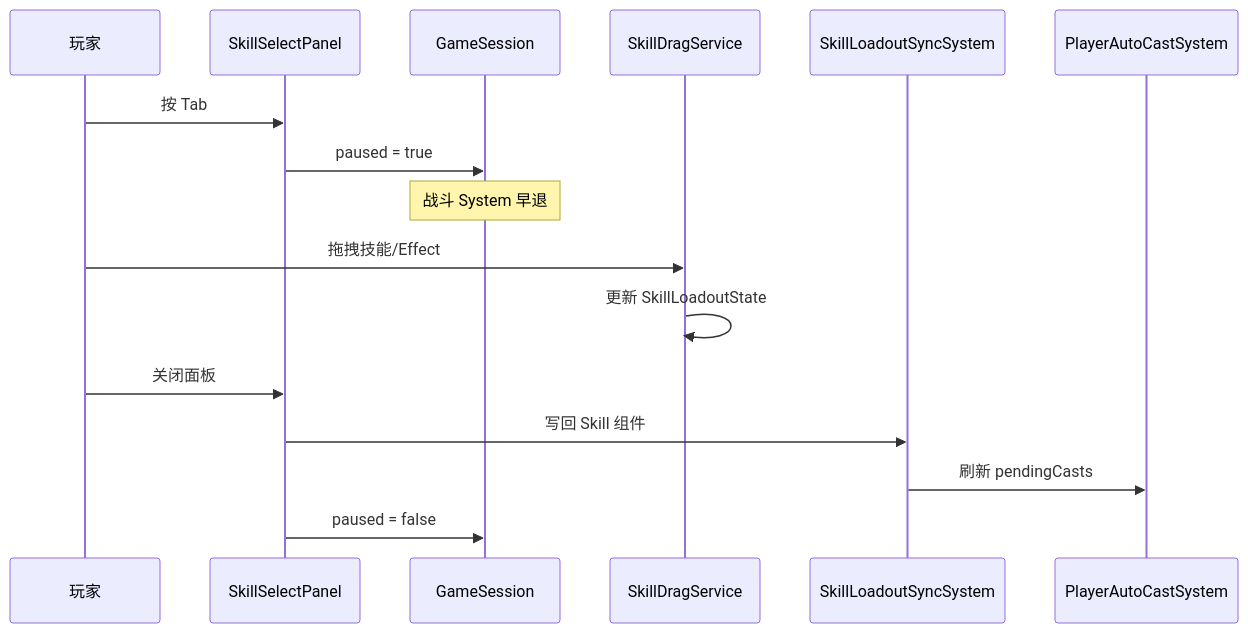
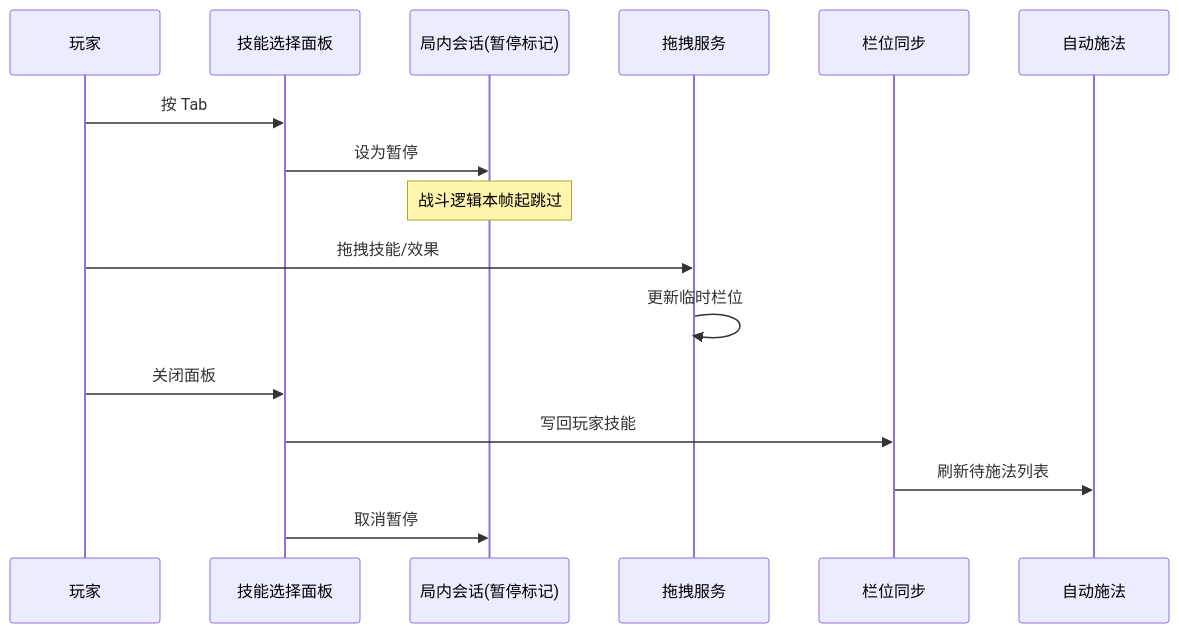
One commit to kir123456-1q/Survivor-And-Fight changed the sixth of 11 diagrams in SurvivorAndFight/docs/答辩PPT大纲.md. Above: the diagram before and after it, drawn with Mermaid. The commit also changed other lines of this file and 17 other files, not shown here.

````diff
--- a/SurvivorAndFight/docs/答辩PPT大纲.md
+++ b/SurvivorAndFight/docs/答辩PPT大纲.md
@@ -353,19 +380,19 @@
 ```mermaid
 sequenceDiagram
   participant User as 玩家
-  participant UI as SkillSelectPanel
-  participant Session as GameSession
-  participant Drag as SkillDragService
-  participant Sync as SkillLoadoutSyncSystem
-  participant Cast as PlayerAutoCastSystem
+  participant UI as 技能选择面板
+  participant Session as 局内会话(暂停标记)
+  participant Drag as 拖拽服务
+  participant Sync as 栏位同步
+  participant Cast as 自动施法
 
   User->>UI: 按 Tab
-  UI->>Session: paused = true
-  Note over Session: 战斗 System 早退
-  User->>Drag: 拖拽技能/Effect
-  Drag->>Drag: 更新 SkillLoadoutState
+  UI->>Session: 设为暂停
+  Note over Session: 战斗逻辑本帧起跳过
+  User->>Drag: 拖拽技能/效果
+  Drag->>Drag: 更新临时栏位
   User->>UI: 关闭面板
-  UI->>Sync: 写回 Skill 组件
-  Sync->>Cast: 刷新 pendingCasts
-  UI->>Session: paused = false
+  UI->>Sync: 写回玩家技能
+  Sync->>Cast: 刷新待施法列表
+  UI->>Session: 取消暂停
 ```
````
